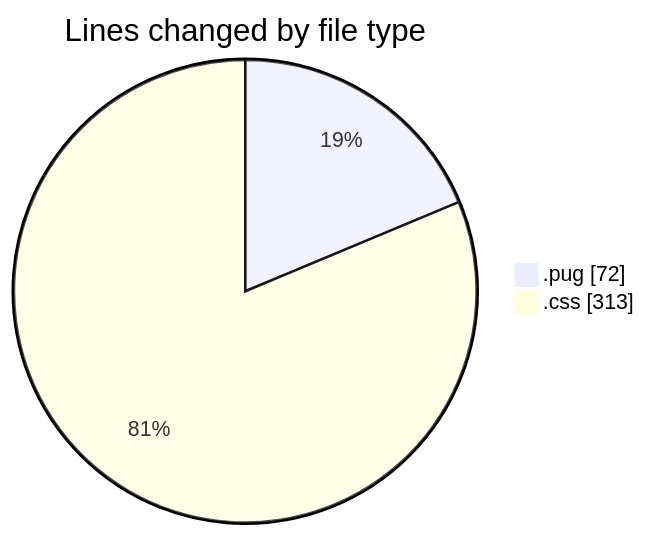
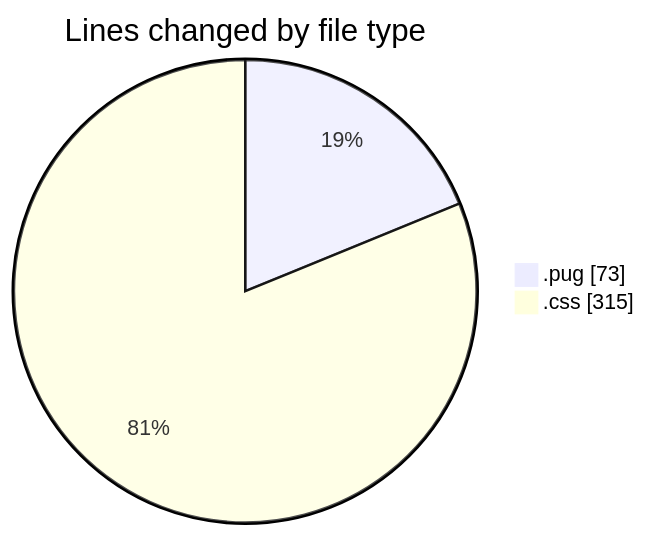
One commit to momahboobian/code-tracking changed the first of 2 diagrams in 2025-11-05/cda/README.md. Above: the diagram before and after it, drawn with Mermaid. The commit also changed other lines of this file and 1 other file, not shown here.

````diff
--- a/2025-11-05/cda/README.md
+++ b/2025-11-05/cda/README.md
@@ -21,6 +21,6 @@
 ```mermaid
 pie showData
 title Lines changed by file type
-".pug" : 72
-".css" : 313
+".pug" : 73
+".css" : 315
 ```
````
